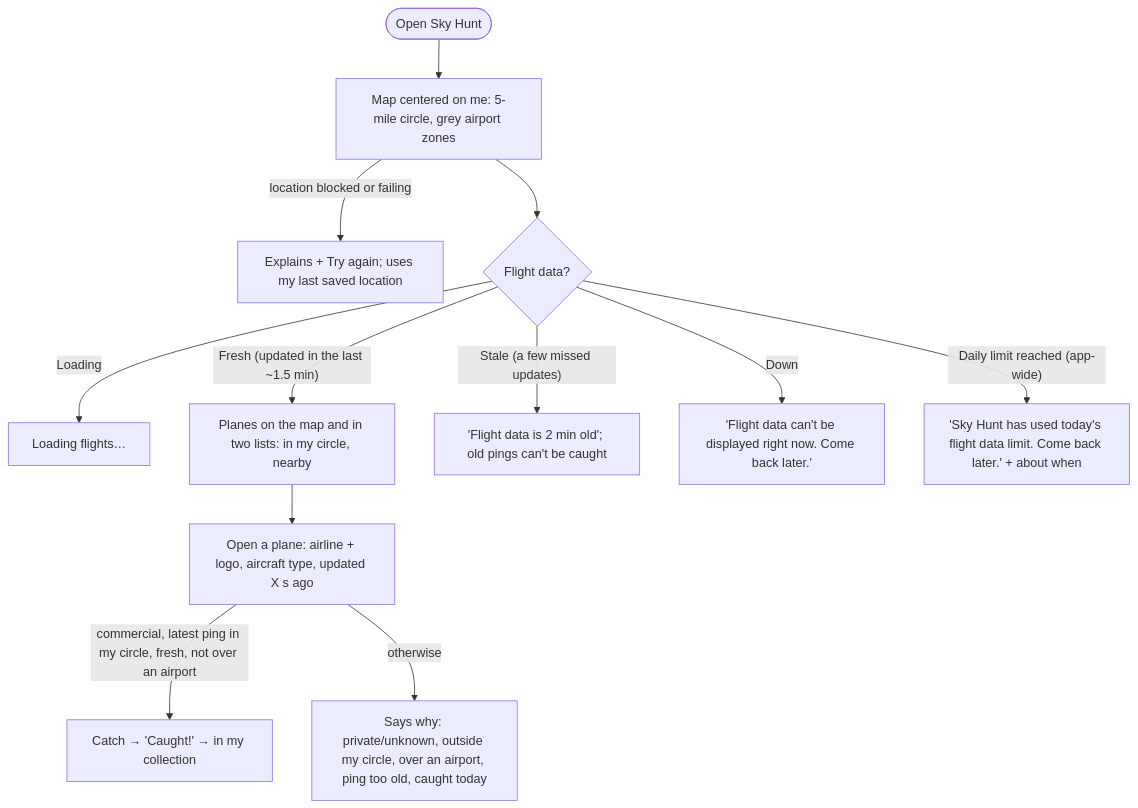
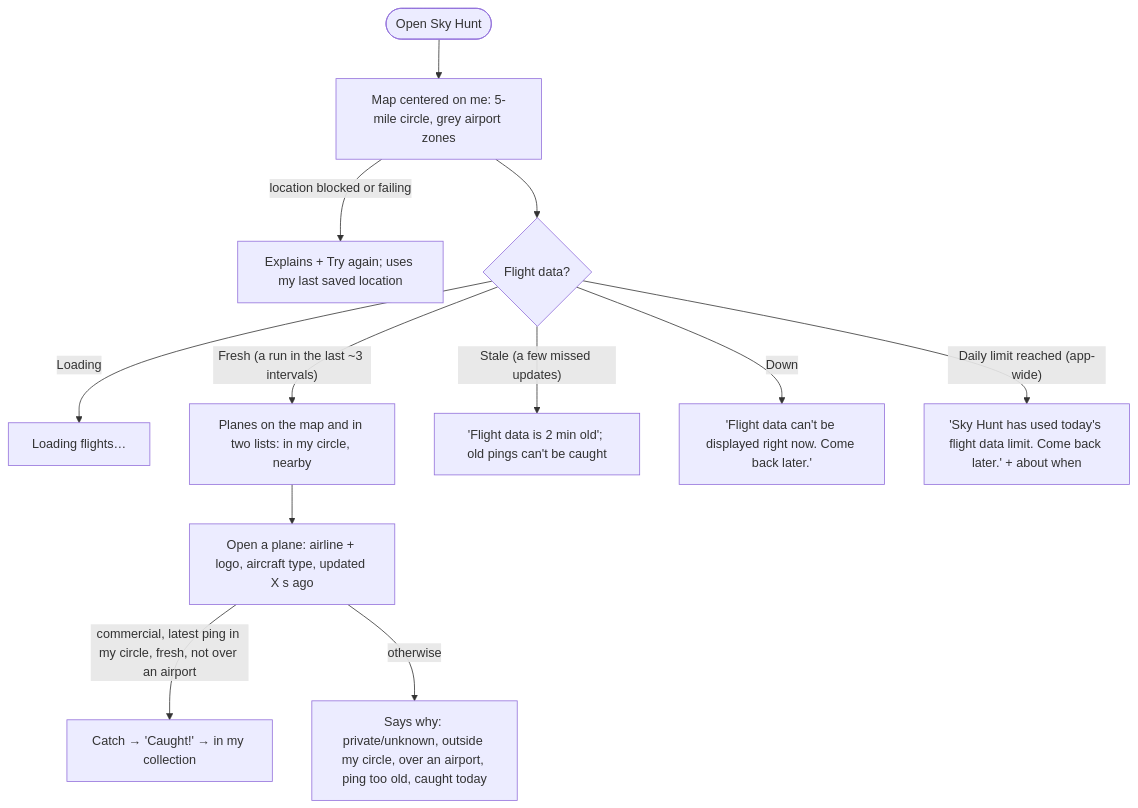
Before and after one commit to neilpandya01/hw5-dbs: the second of 2 diagrams in flows.md, drawn with Mermaid. The commit also changed other lines of this file and 5 other files, not shown here.

````diff
--- a/flows.md
+++ b/flows.md
@@ -38,14 +39,14 @@
 ```mermaid
 flowchart TD
   A([Open Sky Hunt]) --> R["Map centered on me: 5-mile circle, grey airport zones"]
   R -->|location blocked or failing| P["Explains + Try again; uses my last saved location"]
   R --> F{Flight data?}
   F -- "Loading" --> L["Loading flights…"]
-  F -- "Fresh (updated in the last ~1.5 min)" --> M["Planes on the map and in two lists: in my circle, nearby"]
+  F -- "Fresh (a run in the last ~3 intervals)" --> M["Planes on the map and in two lists: in my circle, nearby"]
   F -- "Stale (a few missed updates)" --> S["'Flight data is 2 min old'; old pings can't be caught"]
   F -- "Down" --> D["'Flight data can't be displayed right now. Come back later.'"]
   F -- "Daily limit reached (app-wide)" --> X["'Sky Hunt has used today's flight data limit. Come back later.' + about when"]
   M --> O["Open a plane: airline + logo, aircraft type, updated X s ago"]
   O -->|commercial, latest ping in my circle, fresh, not over an airport| C["Catch → 'Caught!' → in my collection"]
   O -->|otherwise| W["Says why: private/unknown, outside my circle, over an airport, ping too old, caught today"]
 ```
````
